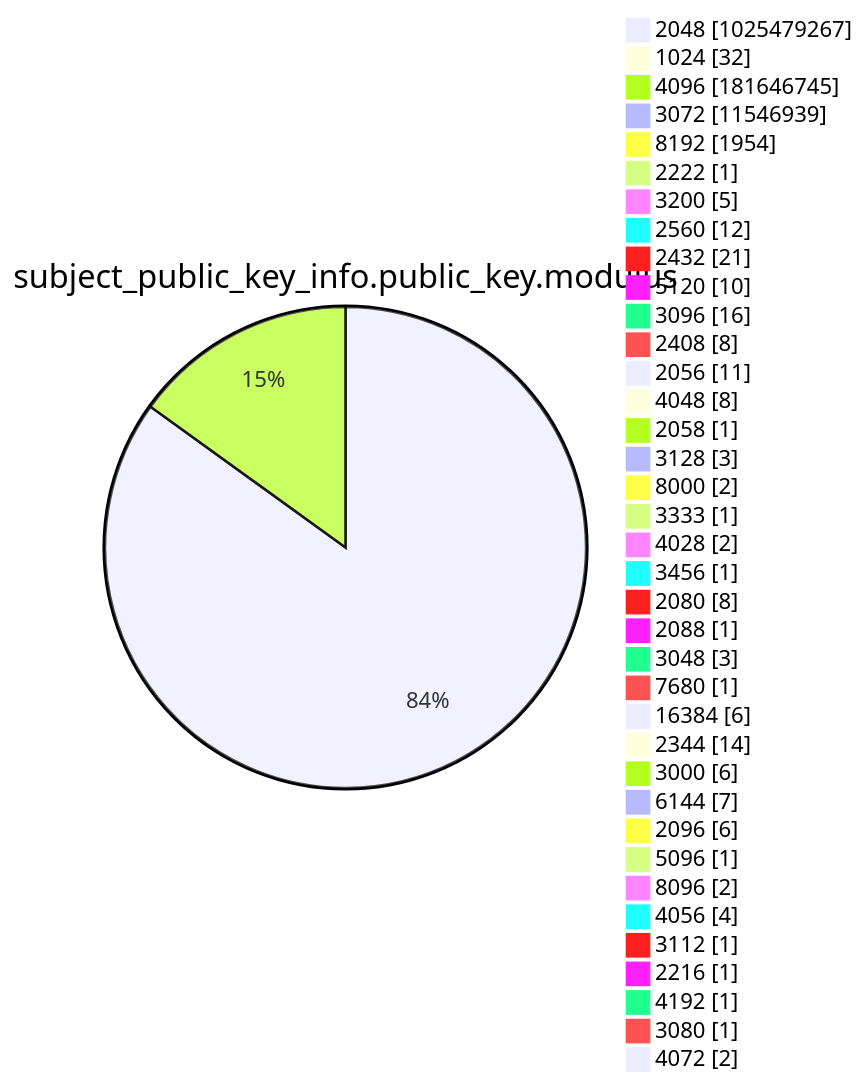
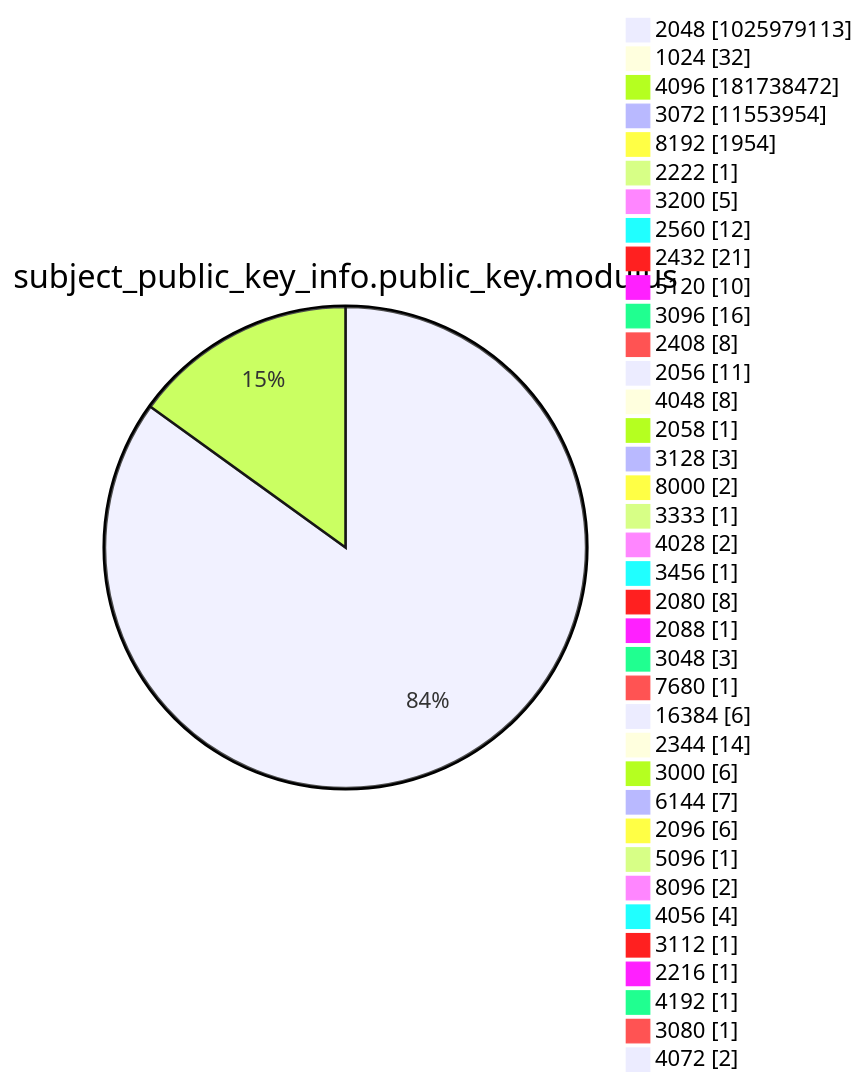
Before and after one commit to christiankrug/ctmonitor_visualization: diagram 13 of 15 in argon2022/README.md, drawn with Mermaid. The commit also changed other lines of this file, not shown here.

````diff
--- a/argon2022/README.md
+++ b/argon2022/README.md
@@ -3588,41 +3588,41 @@
 ```mermaid
 pie showData
 title subject_public_key_info.public_key.modulus
-"2048" :1025479267
+"2048" :1025979113
 "1024" :32
-"4096" :181646745
-"3072" :11546939
+"4096" :181738472
+"3072" :11553954
 "8192" :1954
 "2222" :1
 "3200" :5
 "2560" :12
 "2432" :21
 "5120" :10
 "3096" :16
 "2408" :8
 "2056" :11
 "4048" :8
 "2058" :1
 "3128" :3
 "8000" :2
 "3333" :1
 "4028" :2
 "3456" :1
 "2080" :8
 "2088" :1
 "3048" :3
 "7680" :1
 "16384" :6
 "2344" :14
 "3000" :6
 "6144" :7
 "2096" :6
 "5096" :1
 "8096" :2
 "4056" :4
 "3112" :1
 "2216" :1
 "4192" :1
 "3080" :1
 "4072" :2
 ```
````
